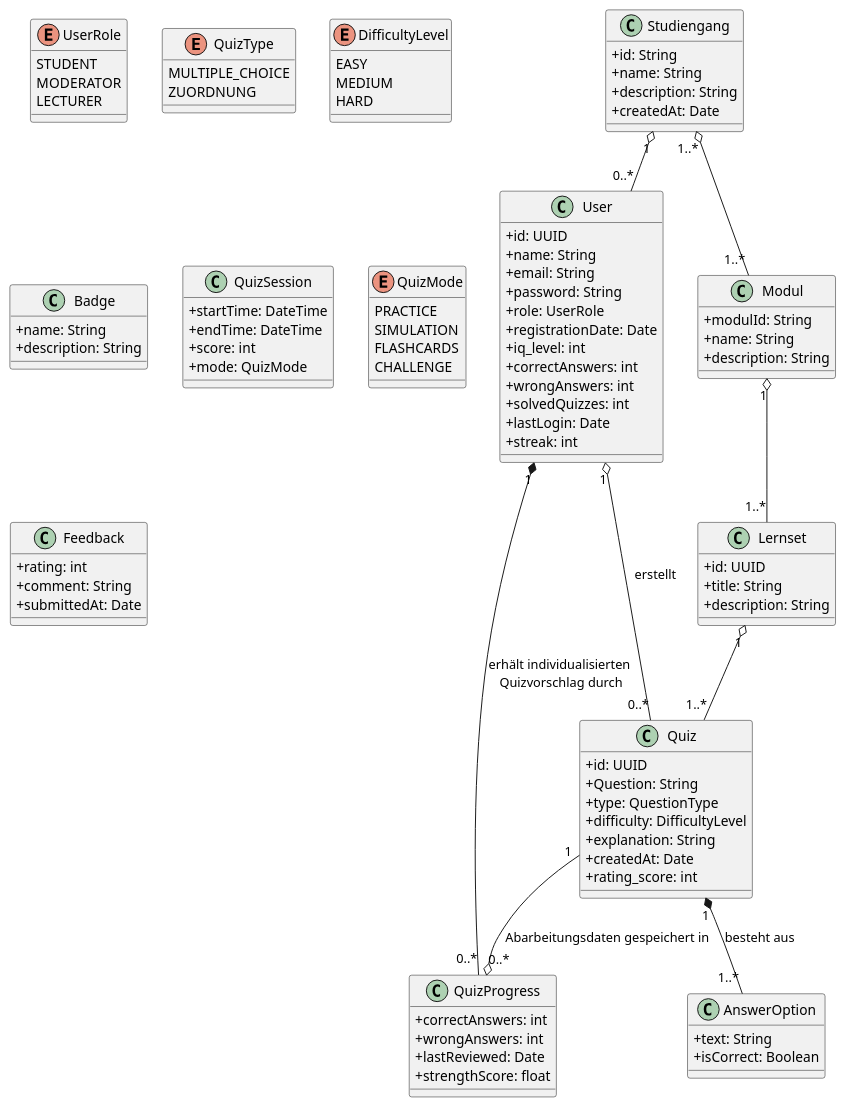
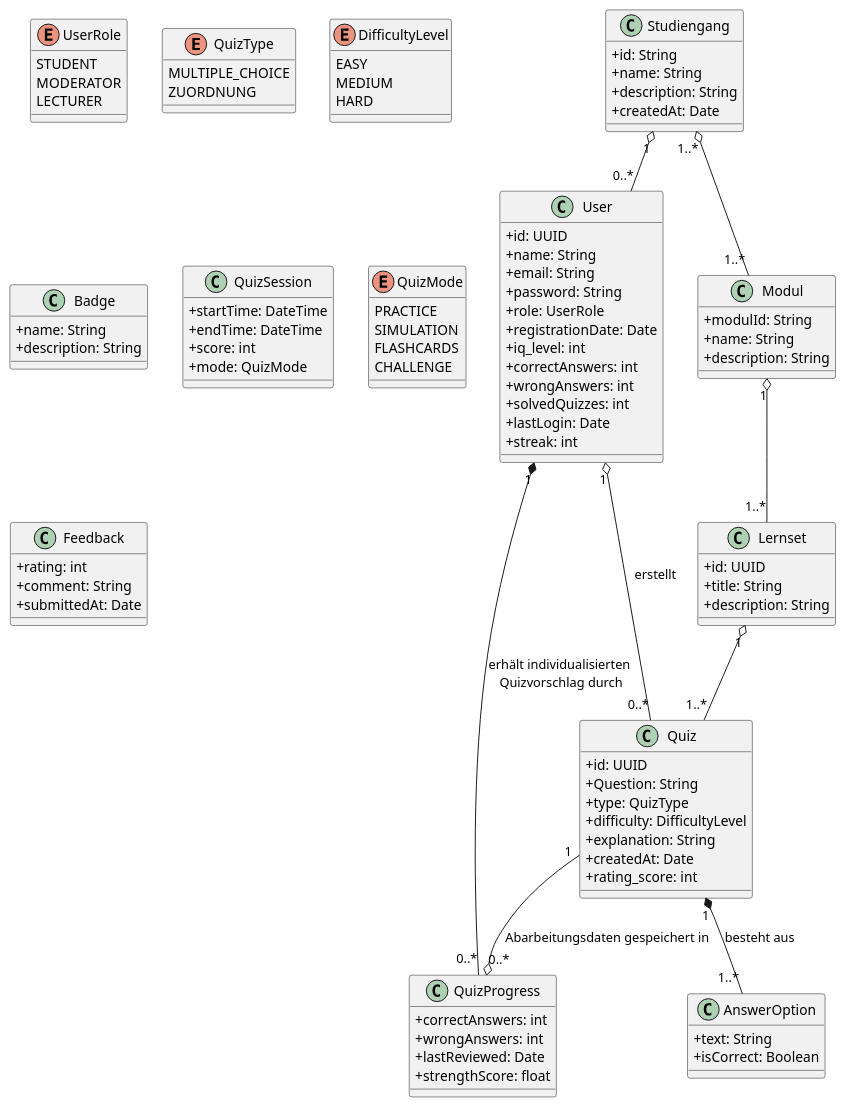
One commit to Gorg-tech/StudIQ changed the diagram in docs/requirements/images/dommodell.puml. Above: the diagram before and after it, drawn with PlantUML.

Commit message:
rename QuestionType to QuizType

```diff
--- a/docs/requirements/images/dommodell.puml
+++ b/docs/requirements/images/dommodell.puml
@@ -1,131 +1,131 @@
 @startuml
 skinparam classAttributeIconSize 0
 
 ' ----------------------------
 '      Entitäten / Klassen
 ' ----------------------------
 
 class User {
   +id: UUID
   +name: String
   +email: String
   +password: String
   +role: UserRole
   +registrationDate: Date
   +iq_level: int
   +correctAnswers: int
   +wrongAnswers: int
   +solvedQuizzes: int 
   +lastLogin: Date
   'zusätzliche Speicherung der solvedQuizzes, 
   'da bei Referenz auf Quiz nach Löschen dieses Probleme entstehen
   +streak: int
 }
 
 enum UserRole {
   STUDENT
   MODERATOR
   LECTURER
 }
 
 class Modul {
   +modulId: String
   +name: String
   '+semester: String
   +description: String
 }
 
 class Lernset {
   +id: UUID
   +title: String
   +description: String
 }
 
 class Quiz {
   +id: UUID
   +Question: String
-  +type: QuestionType
+  +type: QuizType
   +difficulty: DifficultyLevel
   +explanation: String
   +createdAt: Date
   +rating_score: int
 }
 
 enum QuizType {
   MULTIPLE_CHOICE
   'FREITEXT
   ZUORDNUNG
 }
 
 enum DifficultyLevel {
   EASY
   MEDIUM
   HARD
 }
 
 class AnswerOption {
   +text: String
   +isCorrect: Boolean
 }
 
 class QuizProgress {
   +correctAnswers: int
   +wrongAnswers: int
   +lastReviewed: Date
   +strengthScore: float
 }
 
 class Badge {
   +name: String
   +description: String
 }
 
 class QuizSession {
   +startTime: DateTime
   +endTime: DateTime
   +score: int
   +mode: QuizMode
 }
 
 enum QuizMode {
   PRACTICE
   SIMULATION
   FLASHCARDS
   CHALLENGE
 }
 
 class Feedback {
   +rating: int
   +comment: String
   +submittedAt: Date
 }
 
 class Studiengang {
   +id: String
   +name: String
   +description: String
   +createdAt: Date
 }
 
 
 ' ----------------------------
 '      Beziehungen
 ' ----------------------------
 User "1" *-- "0..*" QuizProgress : erhält individualisierten\n Quizvorschlag durch
 'User "1" *-- "0..*" QuizSession
 'User "1" o-- "0..*" Feedback
 'User "1" o-- "0..*" Badge
 User "1" o-- "0..*" Quiz : erstellt
 Studiengang "1" o-- "0..*" User
 
 'User "1" -- "0..*" StudyGroup : istMitglied
 'StudyGroup "1" -- "0..*" QuizSession : gemeinsameQuizze
 
 Modul "1" o-- "1..*" Lernset
 Lernset "1" o-- "1..*" Quiz
 Quiz "1" *-- "1..*" AnswerOption : besteht aus
 'Quiz "1" *-- "0..*" Feedback
 Quiz "1" --o "0..*" QuizProgress : Abarbeitungsdaten gespeichert in
 'Quiz "0..*" -- "1" LearningHistory : Referenz auf 
 Studiengang "1..*" o-- "1..*" Modul 
 @enduml
```
